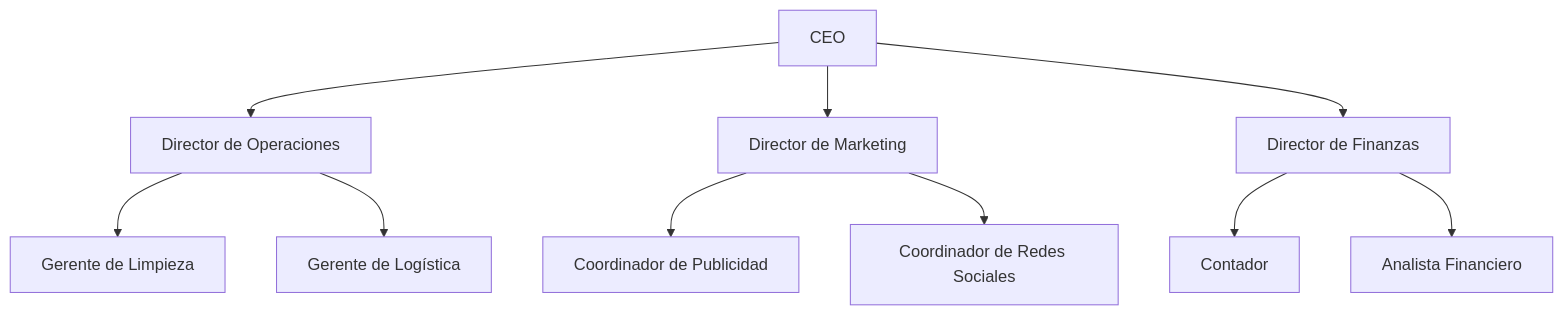
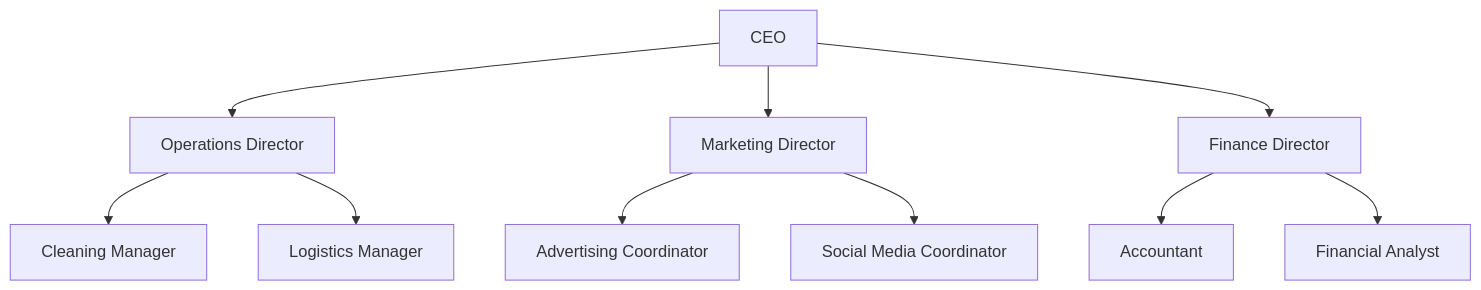
Before and after one commit to despiau/mermaid: the second of 10 diagrams in README.md, drawn with Mermaid. The commit also changed other lines of this file, not shown here.

````diff
--- a/README.md
+++ b/README.md
@@ -26,12 +26,12 @@
 ```mermaid
 graph TD
-    A[CEO] --> B[Director de Operaciones]
-    A --> C[Director de Marketing]
-    A --> D[Director de Finanzas]
-    B --> E[Gerente de Limpieza]
-    B --> F[Gerente de Logística]
-    C --> G[Coordinador de Publicidad]
-    C --> H[Coordinador de Redes Sociales]
-    D --> I[Contador]
-    D --> J[Analista Financiero]
+    A[CEO] --> B[Operations Director]
+    A --> C[Marketing Director]
+    A --> D[Finance Director]
+    B --> E[Cleaning Manager]
+    B --> F[Logistics Manager]
+    C --> G[Advertising Coordinator]
+    C --> H[Social Media Coordinator]
+    D --> I[Accountant]
+    D --> J[Financial Analyst]
 ```
````
